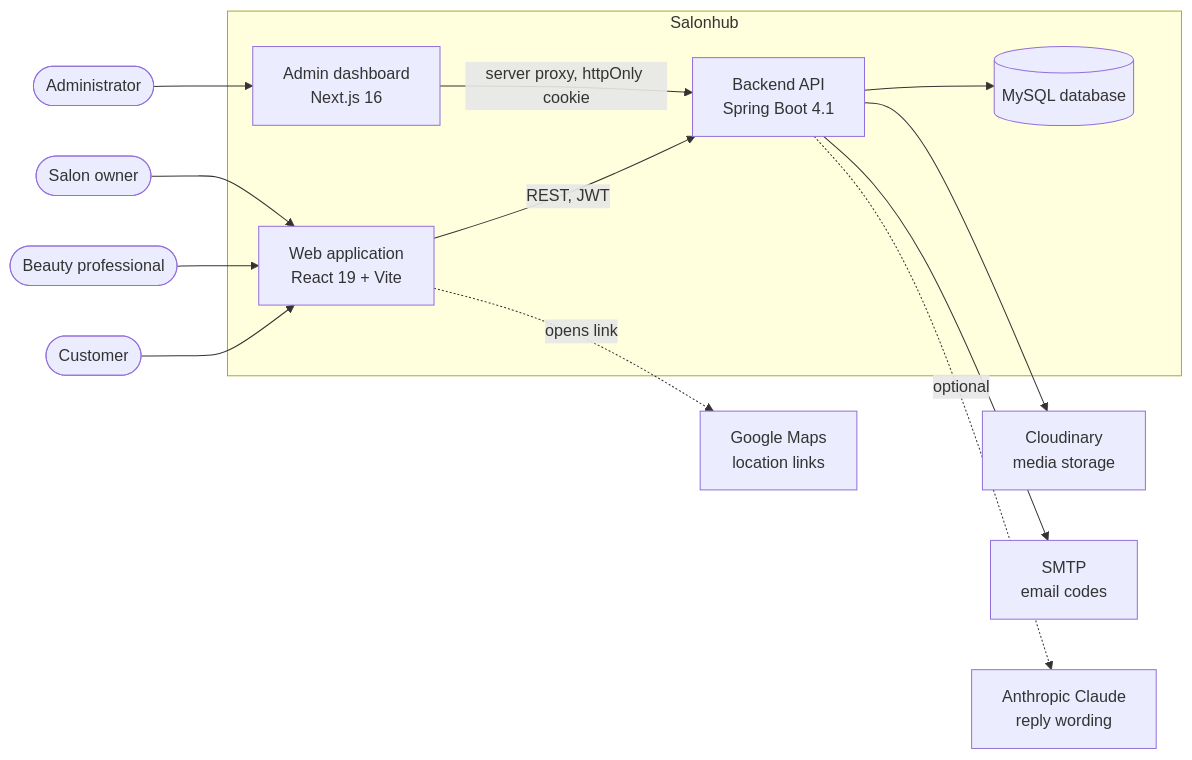
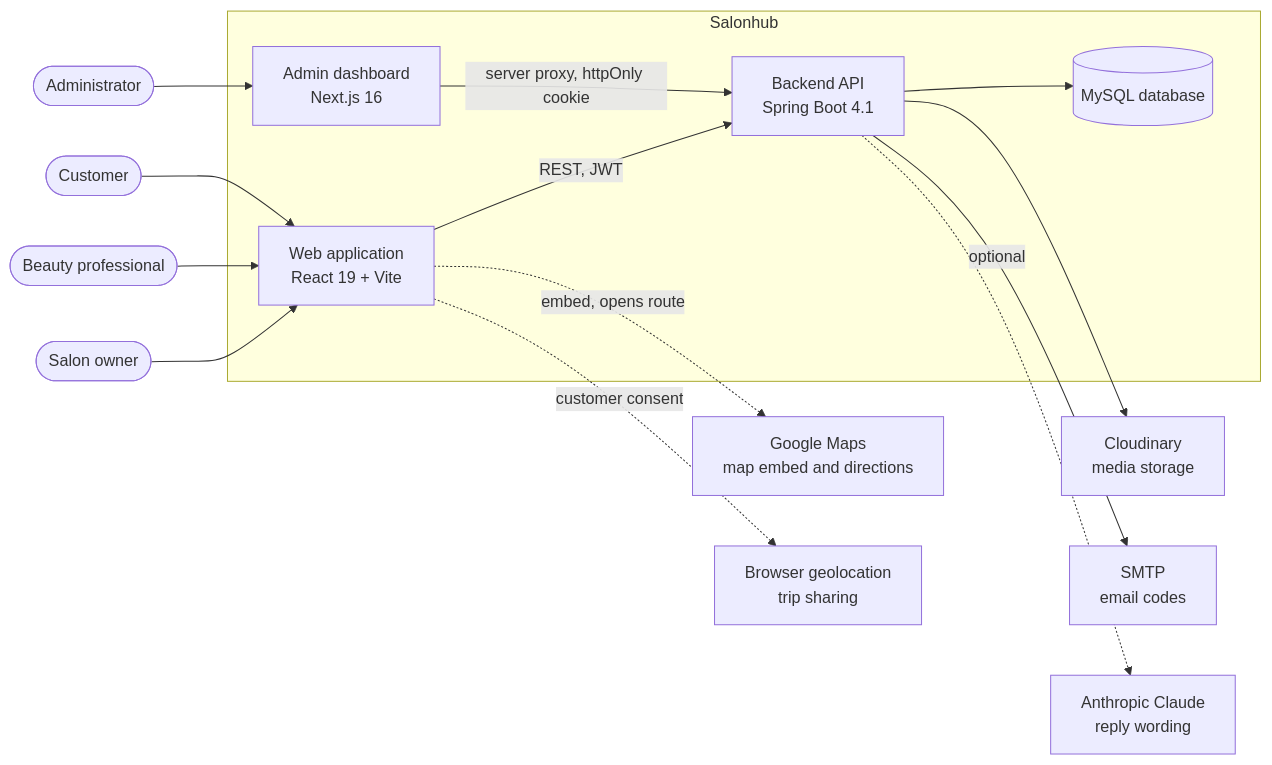
One commit to ghalebshhab/Salon-hub-backend changed the fifth of 22 diagrams in documentation/Salon-Hup-Project-Documentation.md. Above: the diagram before and after it, drawn with Mermaid. The commit also changed other lines of this file and 1 other file, not shown here.

````diff
--- a/documentation/Salon-Hup-Project-Documentation.md
+++ b/documentation/Salon-Hup-Project-Documentation.md
@@ -398,31 +654,33 @@
 ```mermaid
 flowchart LR
     customer(["Customer"])
     pro(["Beauty professional"])
     owner(["Salon owner"])
     admin(["Administrator"])
 
     subgraph salonhub["Salonhub"]
         web["Web application<br/>React 19 + Vite"]
         adminapp["Admin dashboard<br/>Next.js 16"]
         api["Backend API<br/>Spring Boot 4.1"]
         db[("MySQL database")]
     end
 
     cloud["Cloudinary<br/>media storage"]
     mail["SMTP<br/>email codes"]
     ai["Anthropic Claude<br/>reply wording"]
-    maps["Google Maps<br/>location links"]
+    maps["Google Maps<br/>map embed and directions"]
+    geo["Browser geolocation<br/>trip sharing"]
 
     customer --> web
     pro --> web
     owner --> web
     admin --> adminapp
     web -->|"REST, JWT"| api
     adminapp -->|"server proxy, httpOnly cookie"| api
     api --> db
     api --> cloud
     api --> mail
     api -.->|"optional"| ai
-    web -.->|"opens link"| maps
+    web -.->|"embed, opens route"| maps
+    web -.->|"customer consent"| geo
 ```
````
